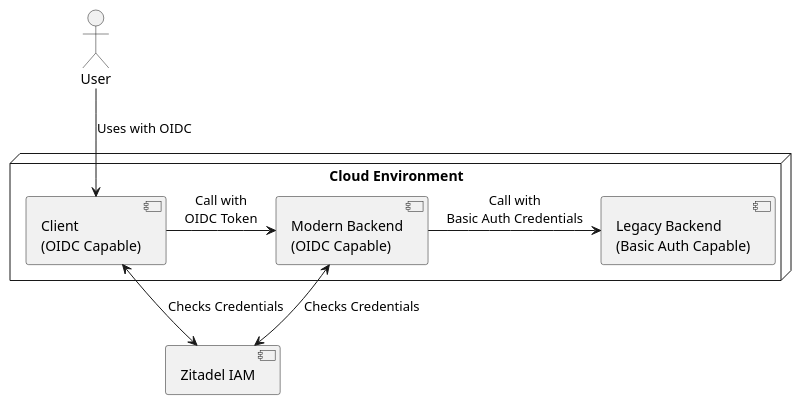
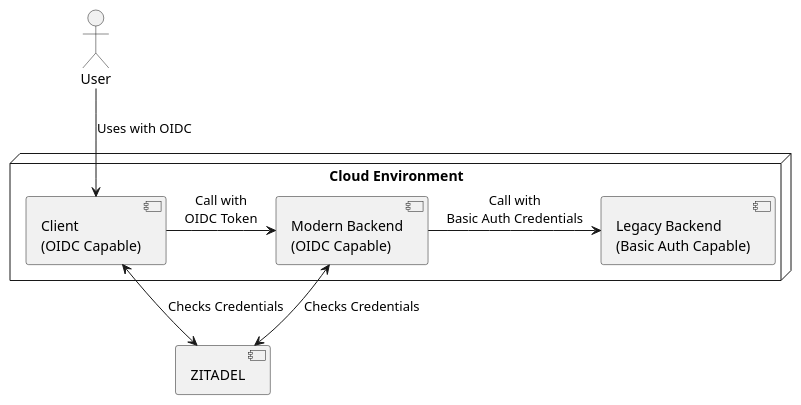
The diagram in diagrams/component/showcase-app.puml (buehler/mse-project-thesis-1), drawn with PlantUML before and after one commit. The commit also changed 11 other files, not shown here.

```diff
--- a/diagrams/component/showcase-app.puml
+++ b/diagrams/component/showcase-app.puml
@@ -1,20 +1,20 @@
 @startuml
 skinparam backgroundcolor transparent
 
 actor User as u
-component [Zitadel IAM] as i
+component [ZITADEL] as i
 
 node "Cloud Environment" {
     component [Client\n(OIDC Capable)] as c
     component [Modern Backend\n(OIDC Capable)] as sa
     component [Legacy Backend\n(Basic Auth Capable)] as sb
 
     c -> sa : Call with\nOIDC Token
     sa -> sb : Call with\nBasic Auth Credentials
 }
 
 u --> c : Uses with OIDC
 c <--> i : Checks Credentials
 i <--> sa : Checks Credentials
 
 @enduml
```
